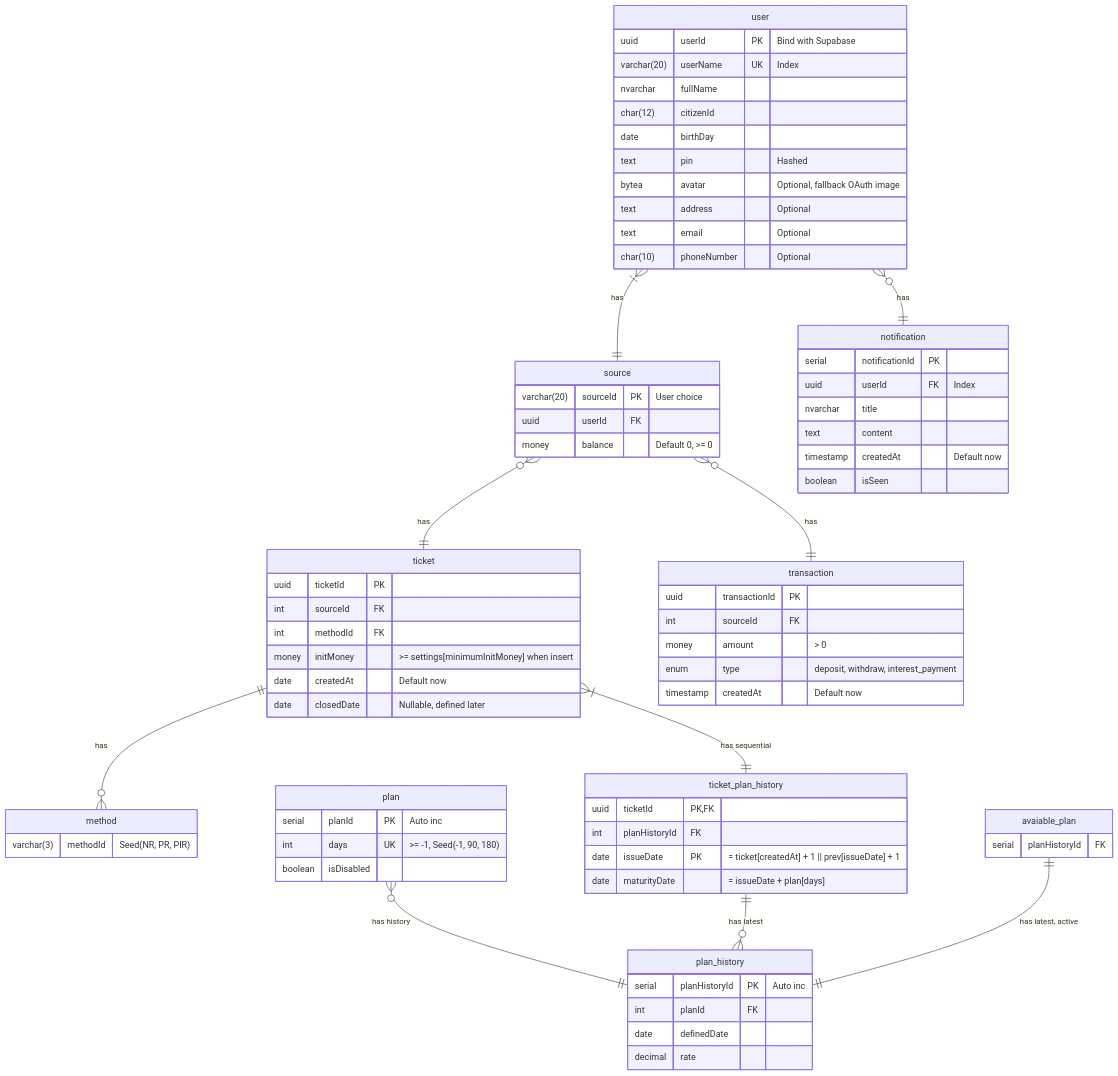
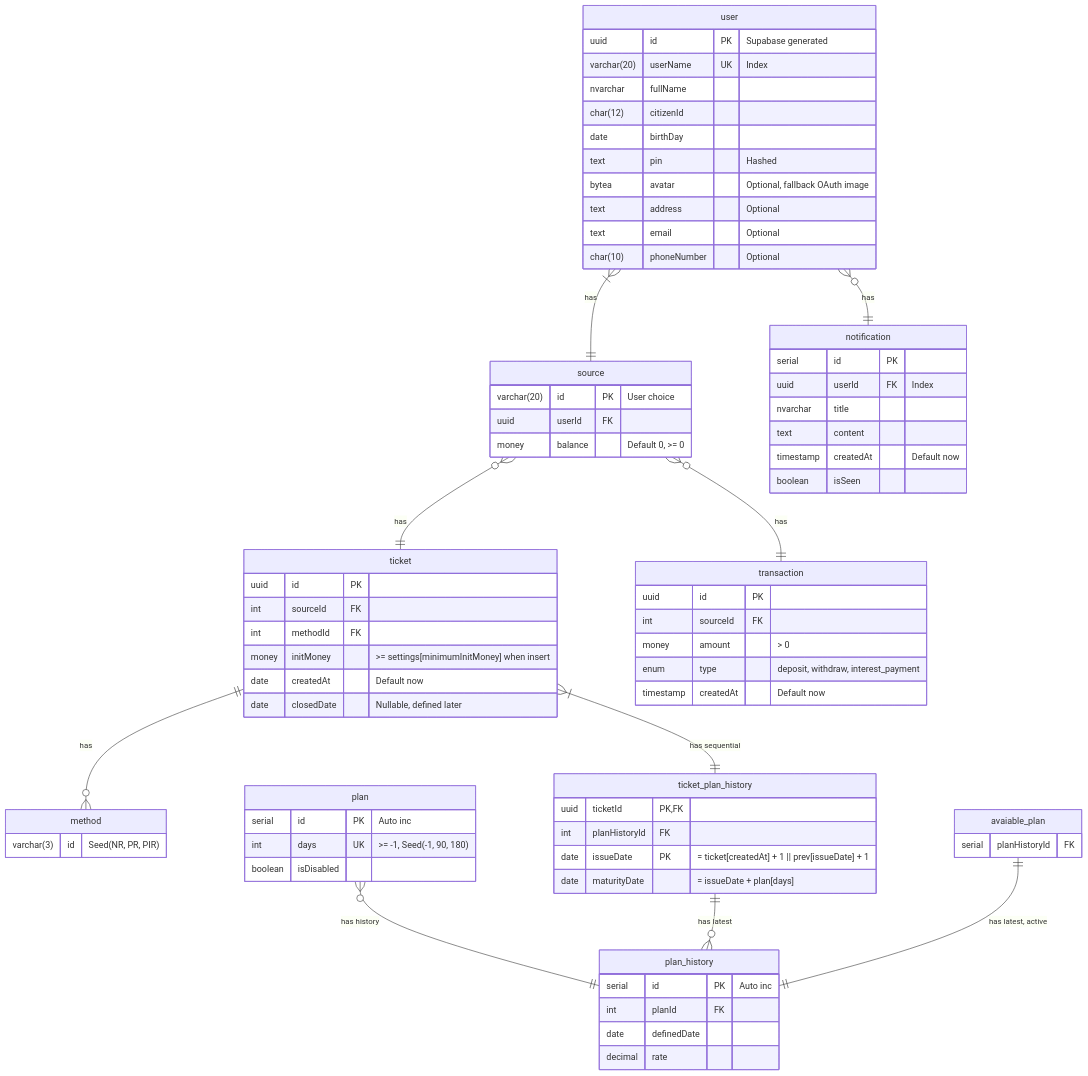
Before and after one commit to coinhub-uit/coinhub-uit.github.io: the first of 2 diagrams in docs/architecture/database.md, drawn with Mermaid. The commit also changed other lines of this file, not shown here.

````diff
--- a/docs/architecture/database.md
+++ b/docs/architecture/database.md
@@ -11,7 +11,7 @@
 ```mermaid
 erDiagram
   user {
-    uuid userId PK "Bind with Supabase"
+    uuid id PK "Supabase generated"
     varchar(20) userName UK "Index"
     nvarchar fullName
     char(12) citizenId
@@ -24,25 +24,25 @@
   }
 
   source {
-    varchar(20) sourceId PK "User choice"
+    varchar(20) id PK "User choice"
     uuid userId FK
     money balance "Default 0, >= 0"
   }
 
   method {
     %% Non-renewal, principal rollover, principal & interest rollover
-    varchar(3) methodId "Seed(NR, PR, PIR)"
+    varchar(3) id "Seed(NR, PR, PIR)"
   }
 
   plan_history {
-    serial planHistoryId PK "Auto inc"
+    serial id PK "Auto inc"
     int planId FK
     date definedDate
     decimal rate
   }
 
   ticket {
-    uuid ticketId PK
+    uuid id PK
     int sourceId FK
     int methodId FK
     %% So what if I changed and there're other ... already, will be failed
@@ -60,7 +60,7 @@
   }
 
   plan {
-    serial planId PK "Auto inc"
+    serial id PK "Auto inc"
     int days UK ">= -1, Seed(-1, 90, 180)"
     boolean isDisabled
   }
@@ -70,7 +70,7 @@
   }
 
   transaction {
-    uuid transactionId PK
+    uuid id PK
     int sourceId FK
     money amount "> 0"
     enum type "deposit, withdraw, interest_payment"
@@ -78,7 +78,7 @@
   }
 
   notification {
-    serial notificationId PK
+    serial id PK
     uuid userId FK "Index"
     nvarchar title
     text content
````
